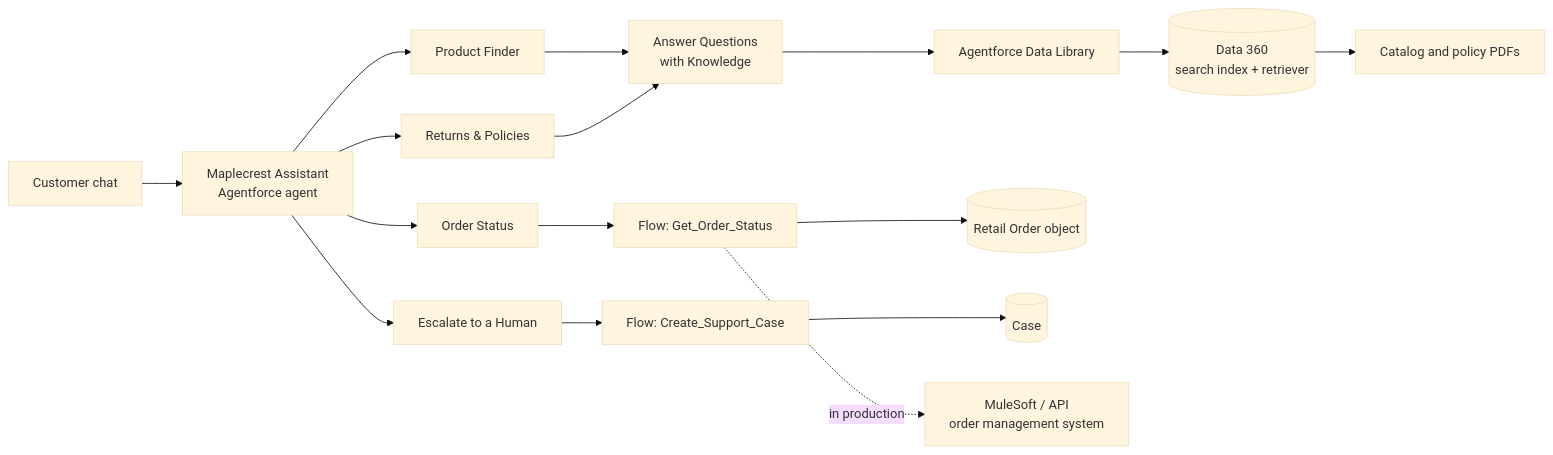
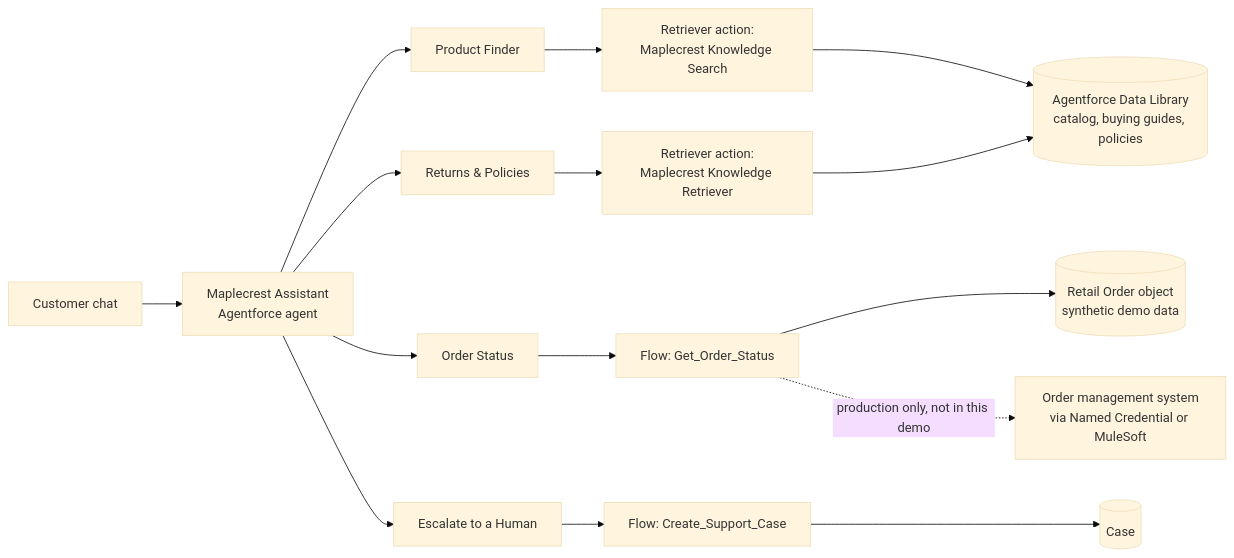
Before and after one commit to leo-herrera-27/maplecrest-agentforce-demo: the diagram in README.md, drawn with Mermaid (base theme). The commit also changed other lines of this file, not shown here.

Commit message:
README diagram: match the actual build and mark the production-only path
Claude-Session: https://claude.ai/code/session_01SVZjhdVUNpxvxAoWRdKyRa

````diff
--- a/README.md
+++ b/README.md
@@ -32,18 +32,17 @@
 ```mermaid
 flowchart LR
     C[Customer chat] --> A[Maplecrest Assistant<br/>Agentforce agent]
     A --> T1[Product Finder]
     A --> T2[Order Status]
     A --> T3[Returns & Policies]
     A --> T4[Escalate to a Human]
-    T1 --> K[Answer Questions<br/>with Knowledge]
-    T3 --> K
-    K --> DL[Agentforce Data Library]
-    DL --> D360[(Data 360<br/>search index + retriever)]
-    D360 --> DOCS[Catalog and policy PDFs]
+    T1 --> K1[Retriever action:<br/>Maplecrest Knowledge Search]
+    T3 --> K2[Retriever action:<br/>Maplecrest Knowledge Retriever]
+    K1 --> DL[(Agentforce Data Library<br/>catalog, buying guides, policies)]
+    K2 --> DL
     T2 --> F1[Flow: Get_Order_Status]
-    F1 --> O[(Retail Order object)]
+    F1 --> O[(Retail Order object<br/>synthetic demo data)]
     T4 --> F2[Flow: Create_Support_Case]
     F2 --> CS[(Case)]
-    F1 -. in production .-> MS[MuleSoft / API<br/>order management system]
+    F1 -. production only, not in this demo .-> MS[Order management system<br/>via Named Credential or MuleSoft]
 ```
````
